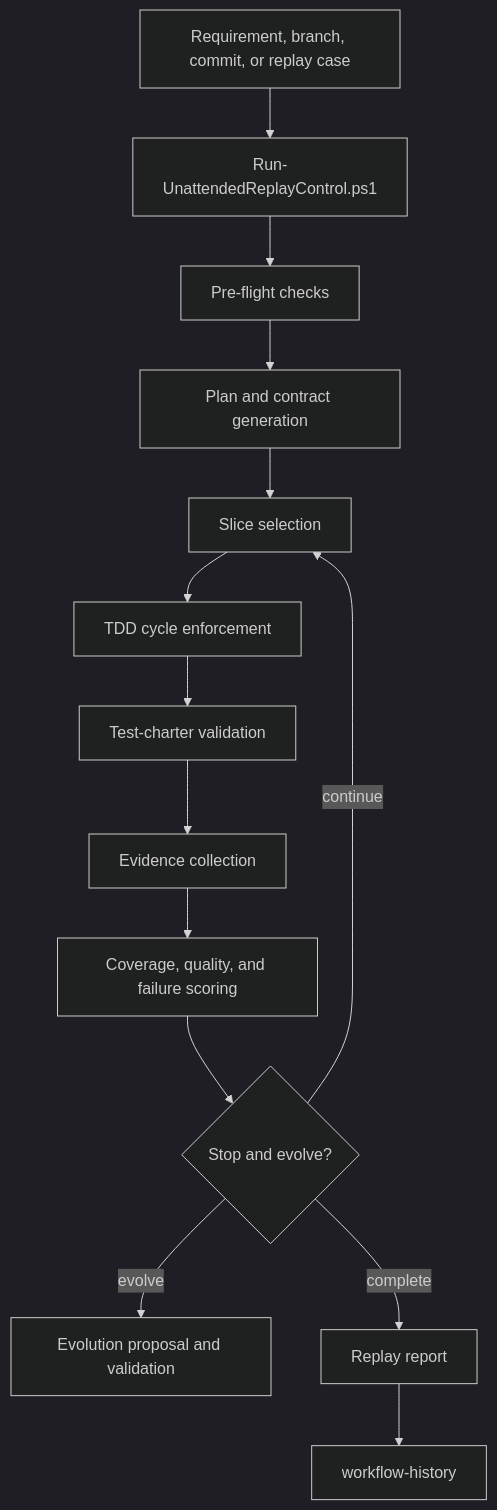
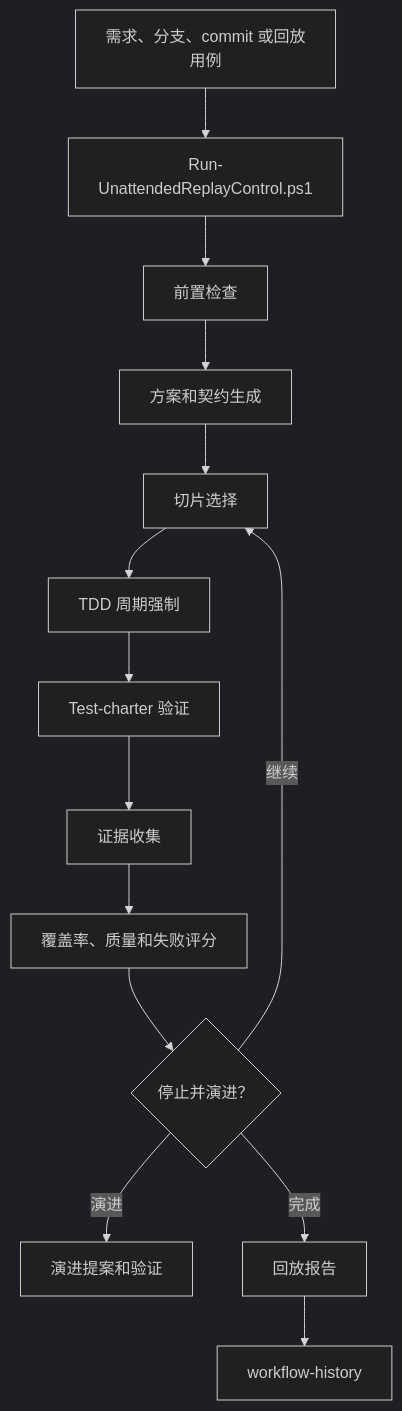
Before and after one commit to hxld/ai-workflow-control-kit: the sixth of 8 diagrams in docs/ARCHITECTURE.md, drawn with Mermaid (dark theme). The commit also changed other lines of this file and 2 other files, not shown here.

First line of the commit message:
📝 docs: add bilingual toggle (zh/en) for ARCHITECTURE.md

````diff
--- a/docs/ARCHITECTURE.md
+++ b/docs/ARCHITECTURE.md
@@ -371,16 +373,16 @@
 ```mermaid
 flowchart TD
-    Input["Requirement, branch, commit, or replay case"] --> Controller["Run-UnattendedReplayControl.ps1"]
-    Controller --> Preflight["Pre-flight checks"]
-    Preflight --> Plan["Plan and contract generation"]
-    Plan --> Slice["Slice selection"]
-    Slice --> TDD["TDD cycle enforcement"]
-    TDD --> Charter["Test-charter validation"]
-    Charter --> Evidence["Evidence collection"]
-    Evidence --> Score["Coverage, quality, and failure scoring"]
-    Score --> StopEvolve{"Stop and evolve?"}
-    StopEvolve -->|continue| Slice
-    StopEvolve -->|evolve| Evolution["Evolution proposal and validation"]
-    StopEvolve -->|complete| Report["Replay report"]
+    Input["需求、分支、commit 或回放用例"] --> Controller["Run-UnattendedReplayControl.ps1"]
+    Controller --> Preflight["前置检查"]
+    Preflight --> Plan["方案和契约生成"]
+    Plan --> Slice["切片选择"]
+    Slice --> TDD["TDD 周期强制"]
+    TDD --> Charter["Test-charter 验证"]
+    Charter --> Evidence["证据收集"]
+    Evidence --> Score["覆盖率、质量和失败评分"]
+    Score --> StopEvolve{"停止并演进？"}
+    StopEvolve -->|继续| Slice
+    StopEvolve -->|演进| Evolution["演进提案和验证"]
+    StopEvolve -->|完成| Report["回放报告"]
     Report --> History["workflow-history"]
 ```
````
